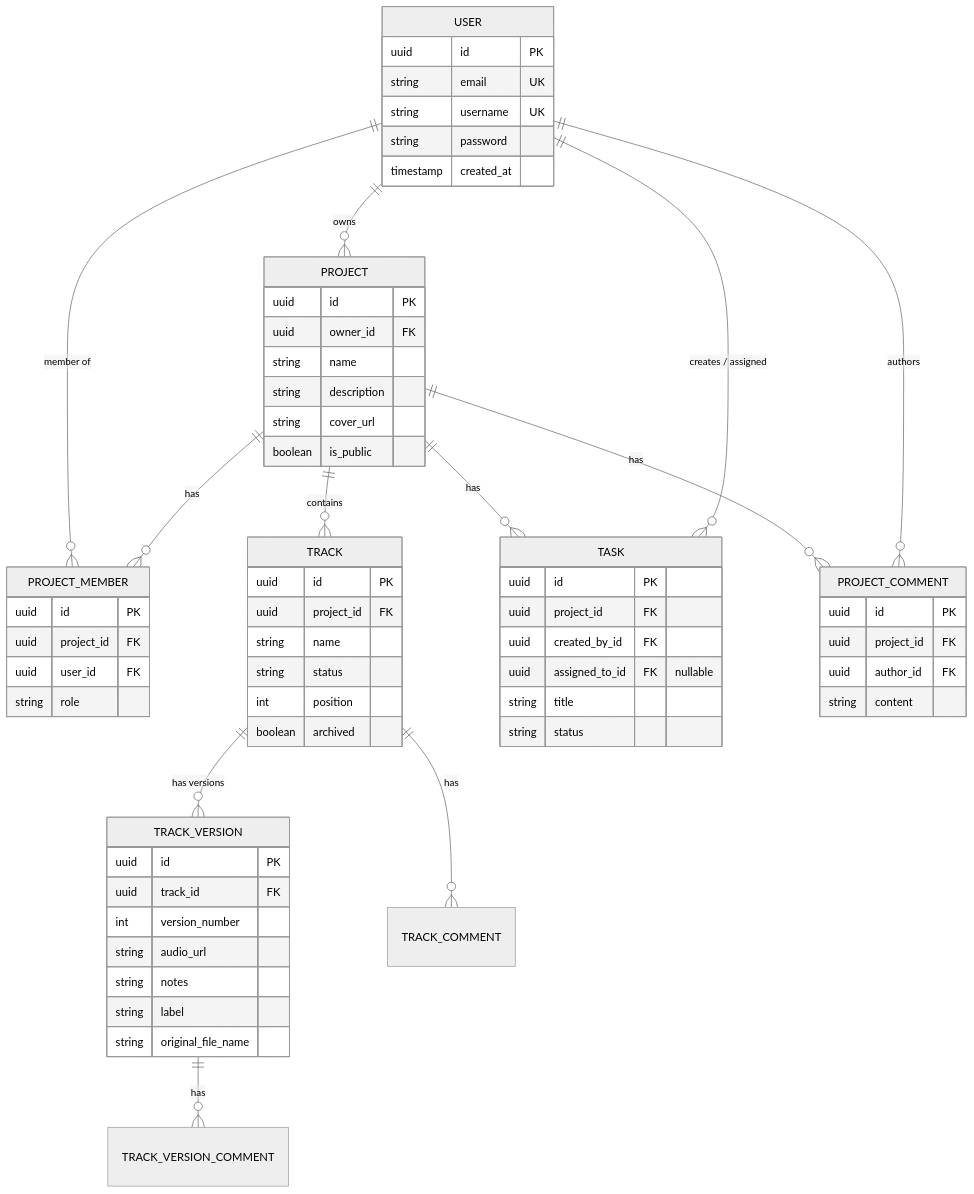
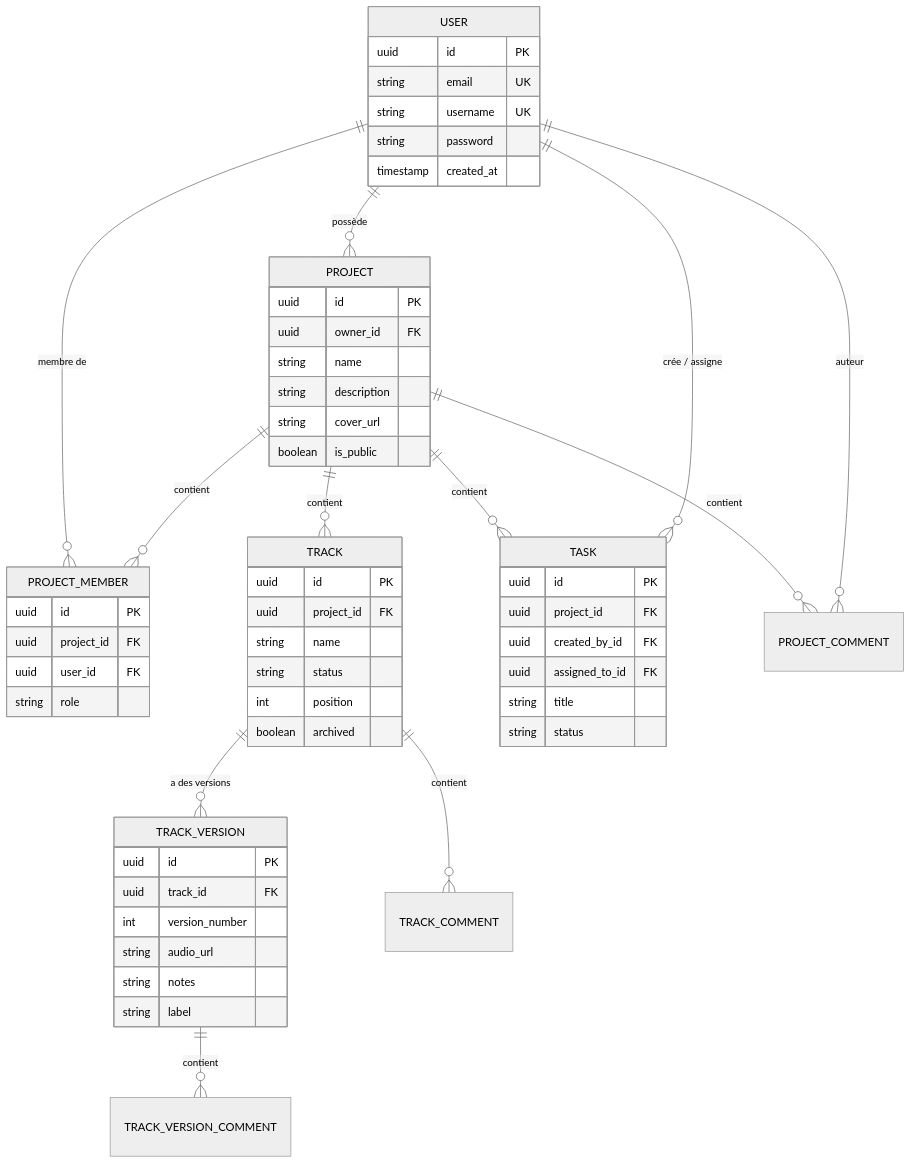
The diagram in README.md (julien-go/music-workspace), drawn with Mermaid (neutral theme) before and after one commit. The commit also changed other lines of this file, not shown here.

````diff
--- a/README.md
+++ b/README.md
@@ -170,67 +151,60 @@
 ```mermaid
 erDiagram
-    USER ||--o{ PROJECT : owns
-    USER ||--o{ PROJECT_MEMBER : "member of"
-    PROJECT ||--o{ PROJECT_MEMBER : has
-    PROJECT ||--o{ TRACK : contains
-    TRACK ||--o{ TRACK_VERSION : "has versions"
-    PROJECT ||--o{ TASK : has
-    USER ||--o{ TASK : "creates / assigned"
-    PROJECT ||--o{ PROJECT_COMMENT : has
-    TRACK ||--o{ TRACK_COMMENT : has
-    TRACK_VERSION ||--o{ TRACK_VERSION_COMMENT : has
-    USER ||--o{ PROJECT_COMMENT : authors
+    USER ||--o{ PROJECT : "possède"
+    USER ||--o{ PROJECT_MEMBER : "membre de"
+    PROJECT ||--o{ PROJECT_MEMBER : "contient"
+    PROJECT ||--o{ TRACK : "contient"
+    TRACK ||--o{ TRACK_VERSION : "a des versions"
+    PROJECT ||--o{ TASK : "contient"
+    USER ||--o{ TASK : "crée / assigne"
+    PROJECT ||--o{ PROJECT_COMMENT : "contient"
+    TRACK ||--o{ TRACK_COMMENT : "contient"
+    TRACK_VERSION ||--o{ TRACK_VERSION_COMMENT : "contient"
+    USER ||--o{ PROJECT_COMMENT : "auteur"
 
     USER {
         uuid id PK
         string email UK
         string username UK
         string password
         timestamp created_at
     }
     PROJECT {
         uuid id PK
         uuid owner_id FK
         string name
         string description
         string cover_url
         boolean is_public
     }
     TRACK {
         uuid id PK
         uuid project_id FK
         string name
         string status
         int position
         boolean archived
     }
     TRACK_VERSION {
         uuid id PK
         uuid track_id FK
         int version_number
         string audio_url
         string notes
         string label
-        string original_file_name
     }
     TASK {
         uuid id PK
         uuid project_id FK
         uuid created_by_id FK
-        uuid assigned_to_id FK "nullable"
+        uuid assigned_to_id FK
         string title
         string status
     }
     PROJECT_MEMBER {
         uuid id PK
         uuid project_id FK
         uuid user_id FK
         string role
     }
-    PROJECT_COMMENT {
-        uuid id PK
-        uuid project_id FK
-        uuid author_id FK
-        string content
-    }
 ```
````
